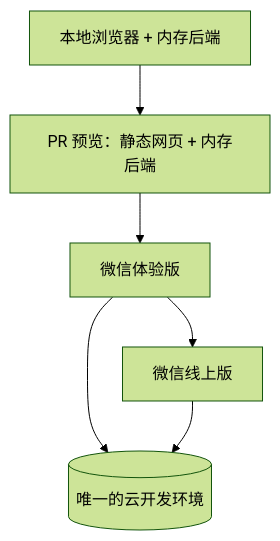
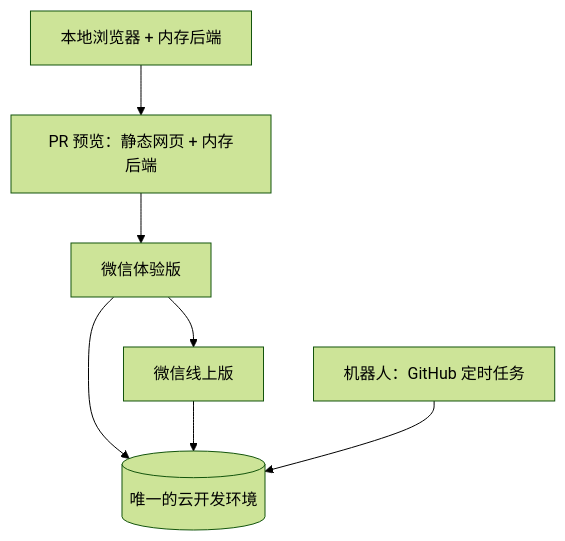
The ninth of 9 diagrams in docs/architecture/overview.md (juanchaopan/city-link), drawn with Mermaid (forest theme) before and after one commit. The commit also changed other lines of this file and 6 other files, not shown here.

Commit message:
docs(architecture): 架构概览和 ADR 按设计稿同步 (#21)

````diff
--- a/docs/architecture/overview.md
+++ b/docs/architecture/overview.md
@@ -151,8 +258,9 @@
 ```mermaid
 flowchart TB
   dev[本地浏览器 + 内存后端] --> pr[PR 预览：静态网页 + 内存后端]
   pr --> trial[微信体验版]
   trial --> prod[微信线上版]
   trial --> env[(唯一的云开发环境)]
   prod --> env
+  bots[机器人：GitHub 定时任务] --> env
 ```
````
